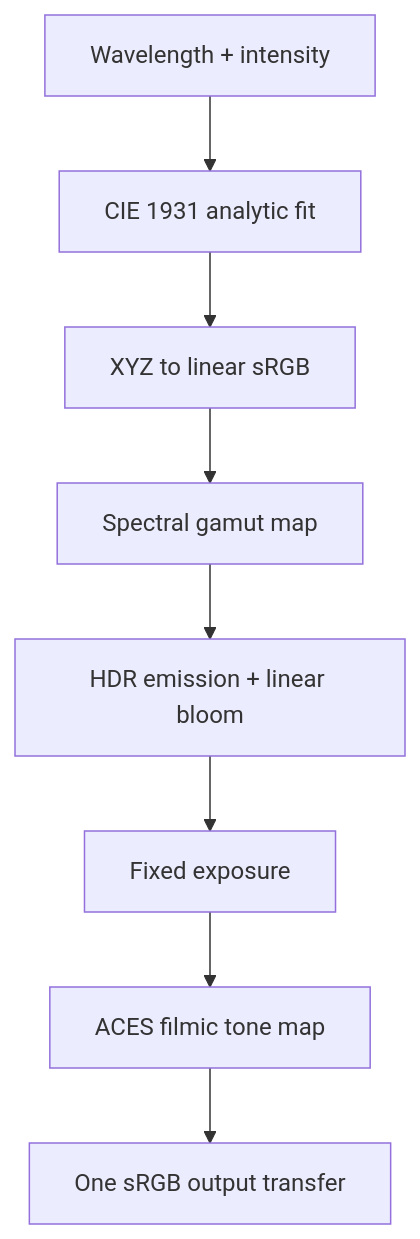
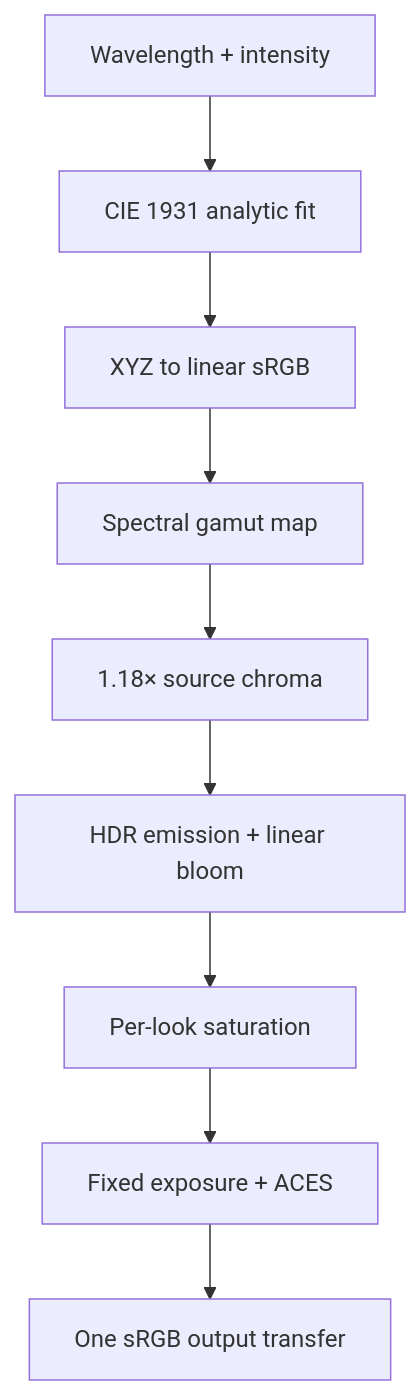
Before and after one commit to coobytron/vector-sim: the diagram in docs/P03-SPECTRAL-COLOR.md, drawn with Mermaid. The commit also changed other lines of this file and 15 other files, not shown here.

Commit message:
Enrich spectral chroma and saturation

````diff
--- a/docs/P03-SPECTRAL-COLOR.md
+++ b/docs/P03-SPECTRAL-COLOR.md
@@ -11,10 +11,11 @@
 ```mermaid
 flowchart TD
   A[Wavelength + intensity] --> B[CIE 1931 analytic fit]
   B --> C[XYZ to linear sRGB]
   C --> D[Spectral gamut map]
-  D --> E[HDR emission + linear bloom]
-  E --> F[Fixed exposure]
-  F --> G[ACES filmic tone map]
-  G --> H[One sRGB output transfer]
+  D --> E[1.18× source chroma]
+  E --> F[HDR emission + linear bloom]
+  F --> G[Per-look saturation]
+  G --> H[Fixed exposure + ACES]
+  H --> I[One sRGB output transfer]
 ```
````
